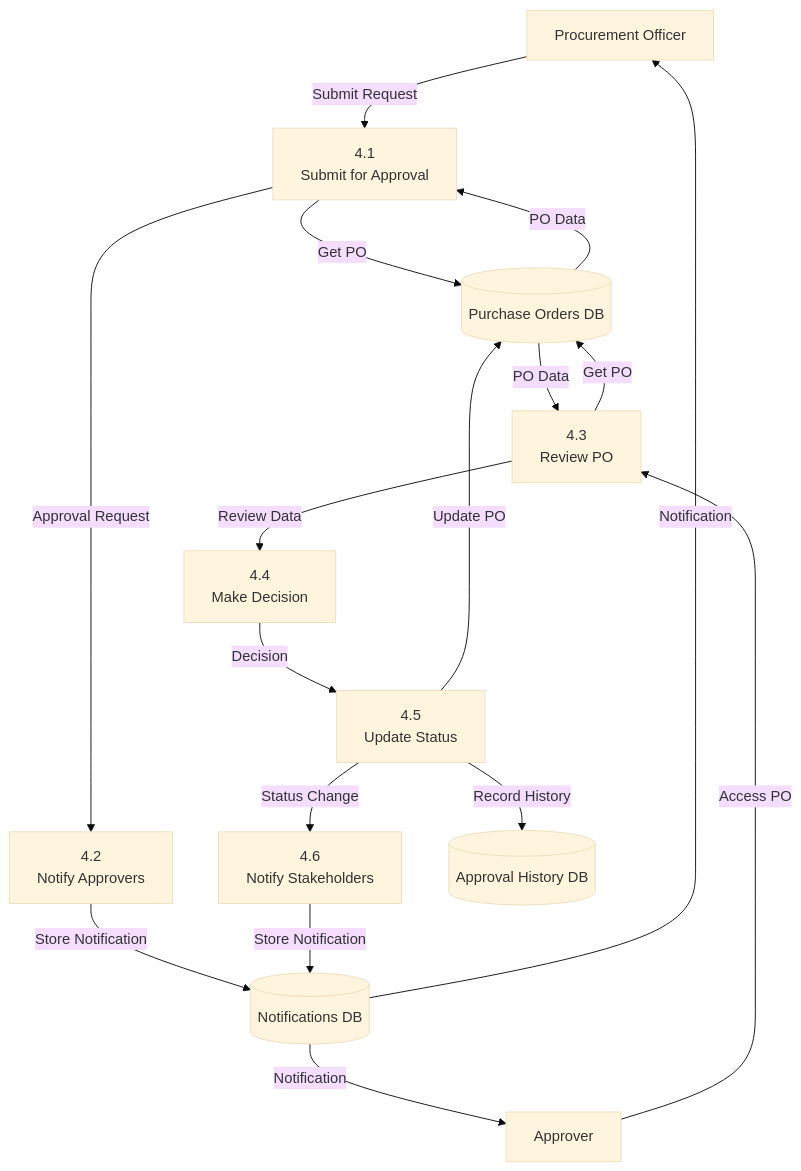
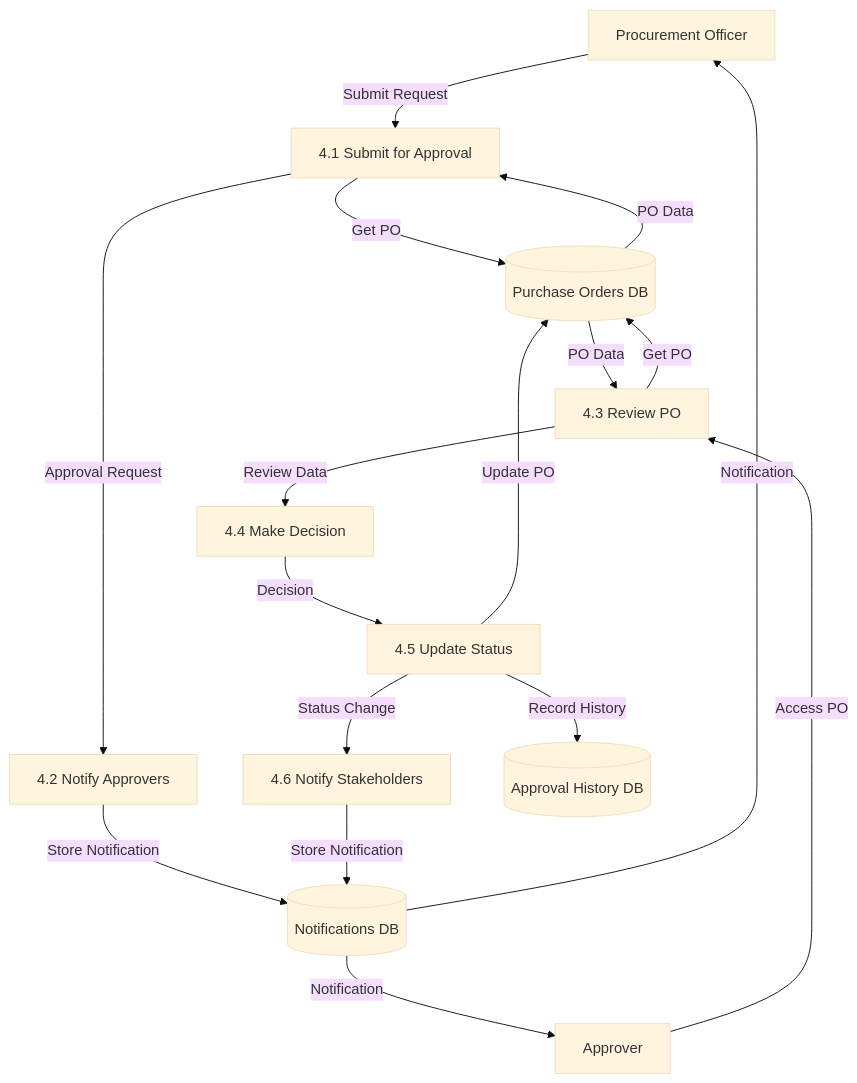
Before and after one commit to CarmenSoftware-organization/carmen: the fifth of 6 diagrams in docs/po/purchase-order-data-flow.md, drawn with Mermaid (base theme). The commit also changed other lines of this file and 55 other files, not shown here.

````diff
--- a/docs/po/purchase-order-data-flow.md
+++ b/docs/po/purchase-order-data-flow.md
@@ -154,40 +154,40 @@
 ```mermaid
 flowchart TD
     %% External Entities
     ProcurementOfficer[Procurement Officer]
     Approver[Approver]
     
     %% Processes
-    SubmitForApproval[4.1\nSubmit for Approval]
-    NotifyApprovers[4.2\nNotify Approvers]
-    ReviewPO[4.3\nReview PO]
-    MakeDecision[4.4\nMake Decision]
-    UpdateStatus[4.5\nUpdate Status]
-    NotifyStakeholders[4.6\nNotify Stakeholders]
+    SubmitForApproval[4.1 Submit for Approval]
+    NotifyApprovers[4.2 Notify Approvers]
+    ReviewPO[4.3 Review PO]
+    MakeDecision[4.4 Make Decision]
+    UpdateStatus[4.5 Update Status]
+    NotifyStakeholders[4.6 Notify Stakeholders]
     
     %% Data Stores
     PurchaseOrdersDB[(Purchase Orders DB)]
     ApprovalHistoryDB[(Approval History DB)]
     NotificationsDB[(Notifications DB)]
     
     %% Data Flows
     ProcurementOfficer -->|Submit Request| SubmitForApproval
     SubmitForApproval -->|Get PO| PurchaseOrdersDB
     PurchaseOrdersDB -->|PO Data| SubmitForApproval
     SubmitForApproval -->|Approval Request| NotifyApprovers
     
     NotifyApprovers -->|Store Notification| NotificationsDB
     NotificationsDB -->|Notification| Approver
     Approver -->|Access PO| ReviewPO
     ReviewPO -->|Get PO| PurchaseOrdersDB
     PurchaseOrdersDB -->|PO Data| ReviewPO
     
     ReviewPO -->|Review Data| MakeDecision
     MakeDecision -->|Decision| UpdateStatus
     UpdateStatus -->|Update PO| PurchaseOrdersDB
     UpdateStatus -->|Record History| ApprovalHistoryDB
     
     UpdateStatus -->|Status Change| NotifyStakeholders
     NotifyStakeholders -->|Store Notification| NotificationsDB
     NotificationsDB -->|Notification| ProcurementOfficer
 ```
````
